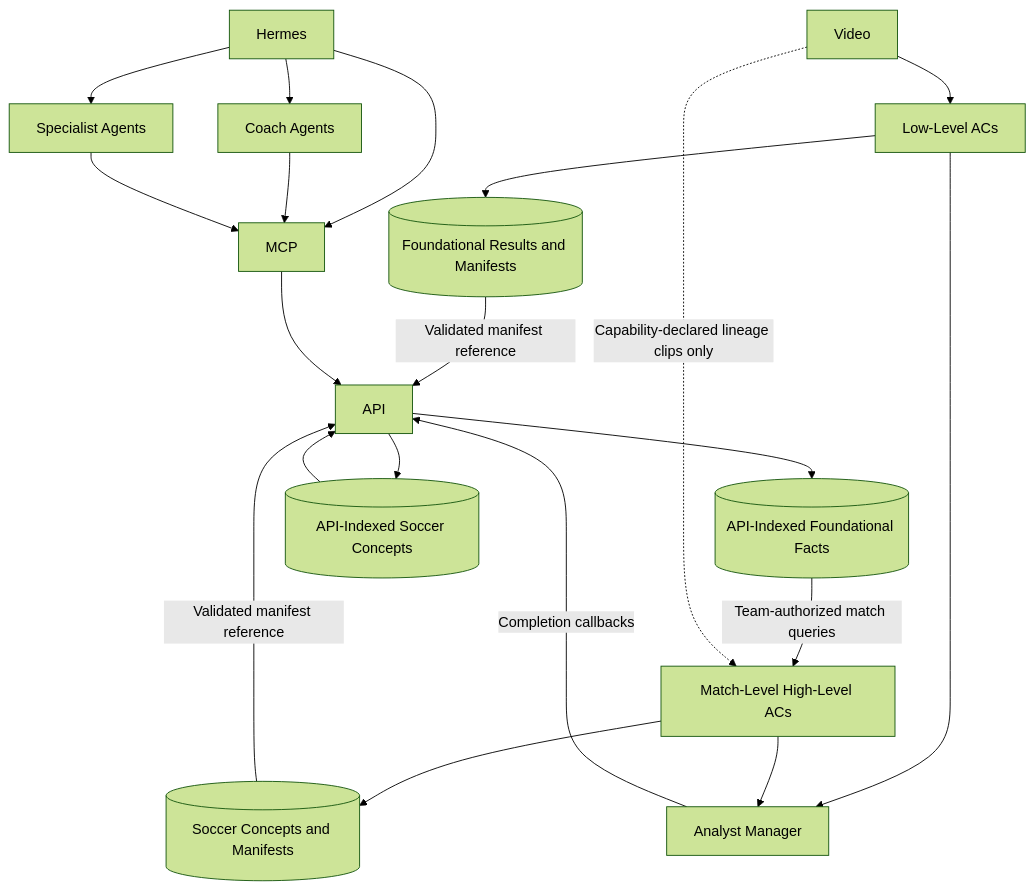
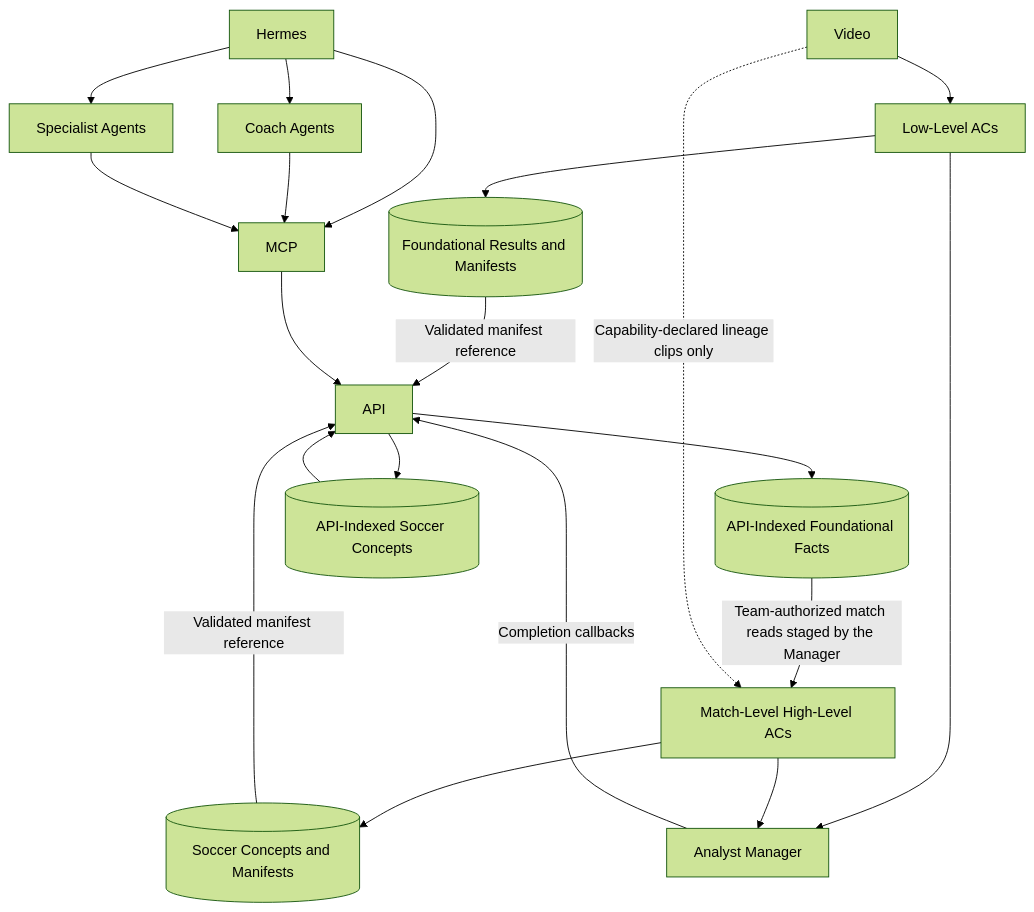
One commit to markusheiliger/socalytics changed the second of 4 diagrams in docs/architecture/intelligence-and-agents.md. Above: the diagram before and after it, drawn with Mermaid (forest theme). The commit also changed other lines of this file and 13 other files, not shown here.

````diff
--- a/docs/architecture/intelligence-and-agents.md
+++ b/docs/architecture/intelligence-and-agents.md
@@ -76,27 +77,27 @@
 ```mermaid
 flowchart TB
 
     Video --> LowLevel[Low-Level ACs]
     LowLevel --> FoundationalResults[(Foundational Results and Manifests)]
     LowLevel --> Manager[Analyst Manager]
     FoundationalResults -->|Validated manifest reference| API
     Manager -->|Completion callbacks| API
     API --> FoundationalFacts[(API-Indexed Foundational Facts)]
     HighLevel[Match-Level High-Level ACs]
-    FoundationalFacts -->|Team-authorized match queries| HighLevel
+    FoundationalFacts -->|Team-authorized match reads staged by the Manager| HighLevel
     Video -.->|Capability-declared lineage clips only| HighLevel
     HighLevel --> ConceptResults[(Soccer Concepts and Manifests)]
     HighLevel --> Manager
     ConceptResults -->|Validated manifest reference| API
     API --> SoccerConcepts[(API-Indexed Soccer Concepts)]
     SoccerConcepts --> API
 
     Hermes --> MCP
     MCP --> API
 
     Hermes --> CoachAgents[Coach Agents]
     Hermes --> SpecialistAgents[Specialist Agents]
 
     CoachAgents --> MCP
     SpecialistAgents --> MCP
 ```
````
